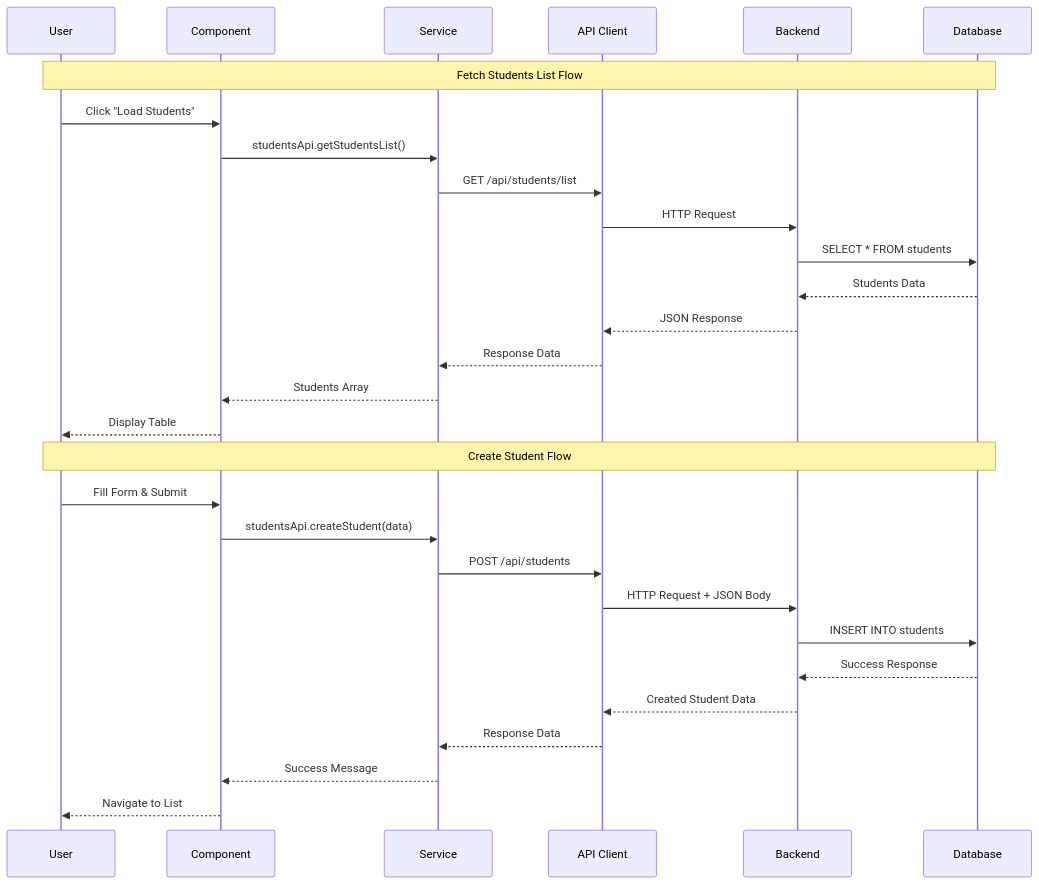
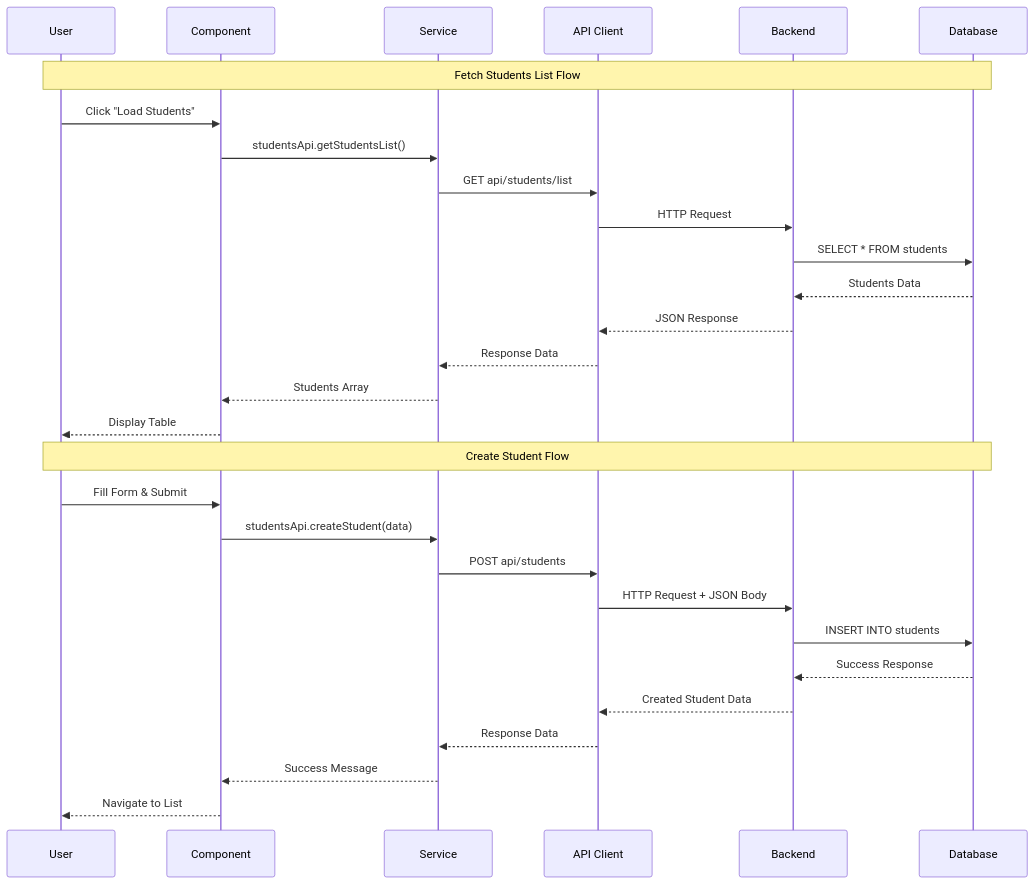
Before and after one commit to dammanhdungvn/teenup: the second of 5 diagrams in frontend/docs/API-INTEGRATION.md, drawn with Mermaid. The commit also changed other lines of this file and 1 other file, not shown here.

````diff
--- a/frontend/docs/API-INTEGRATION.md
+++ b/frontend/docs/API-INTEGRATION.md
@@ -188,33 +188,33 @@
 ```mermaid
 sequenceDiagram
     participant U as User
     participant C as Component
     participant S as Service
     participant A as API Client
     participant B as Backend
     participant D as Database
     
     Note over U,D: Fetch Students List Flow
     U->>C: Click "Load Students"
     C->>S: studentsApi.getStudentsList()
-    S->>A: GET /api/students/list
+    S->>A: GET api/students/list
     A->>B: HTTP Request
     B->>D: SELECT * FROM students
     D-->>B: Students Data
     B-->>A: JSON Response
     A-->>S: Response Data
     S-->>C: Students Array
     C-->>U: Display Table
     
     Note over U,D: Create Student Flow
     U->>C: Fill Form & Submit
     C->>S: studentsApi.createStudent(data)
-    S->>A: POST /api/students
+    S->>A: POST api/students
     A->>B: HTTP Request + JSON Body
     B->>D: INSERT INTO students
     D-->>B: Success Response
     B-->>A: Created Student Data
     A-->>S: Response Data
     S-->>C: Success Message
     C-->>U: Navigate to List
 ```
````
